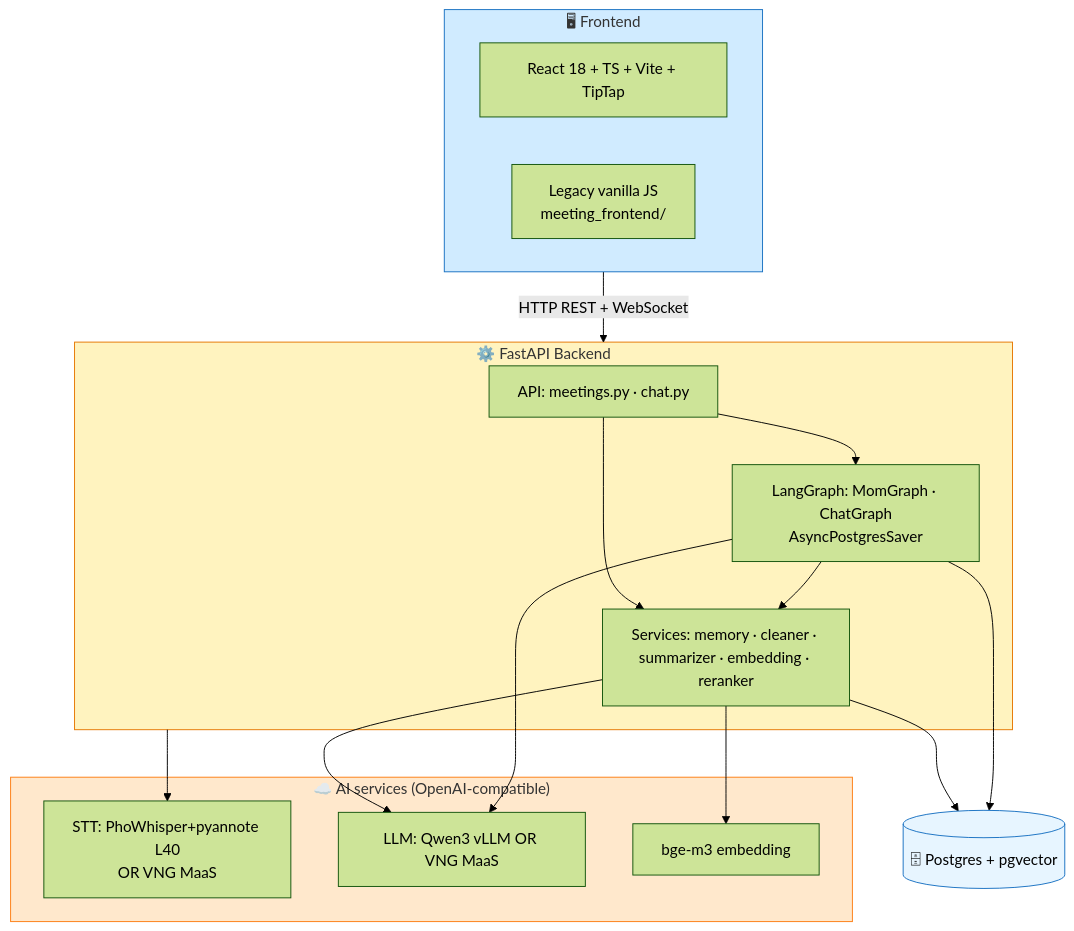
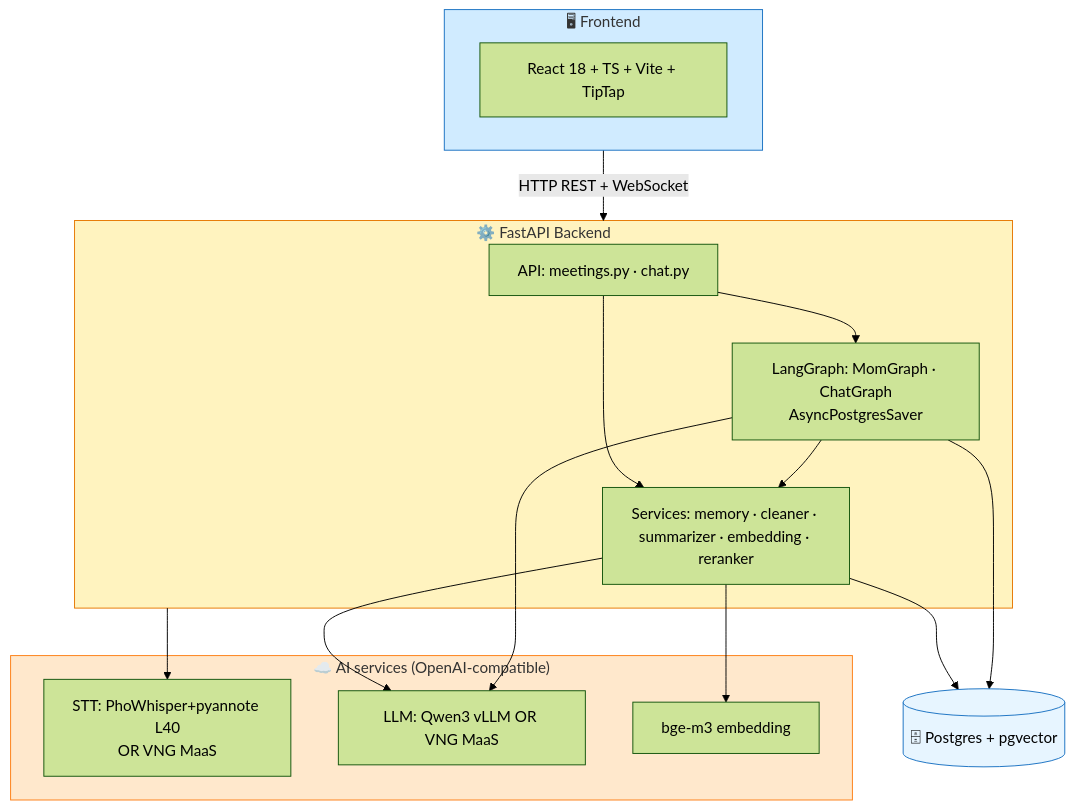
One commit to HatakekkSheeshh/mee-agent changed the diagram in README.md. Above: the diagram before and after it, drawn with Mermaid (forest theme). The commit also changed other lines of this file and 148 other files, not shown here.

````diff
--- a/README.md
+++ b/README.md
@@ -145,30 +144,29 @@
 ```mermaid
 flowchart TB
     subgraph FE["🖥 Frontend"]
         FE1[React 18 + TS + Vite + TipTap]
-        FE2[Legacy vanilla JS<br/>meeting_frontend/]
     end
     subgraph BE["⚙️ FastAPI Backend"]
         API[API: meetings.py · chat.py]
         SVC[Services: memory · cleaner · summarizer · embedding · reranker]
         LG[LangGraph: MomGraph · ChatGraph<br/>AsyncPostgresSaver]
     end
     subgraph EXT["☁️ AI services (OpenAI-compatible)"]
         STT[STT: PhoWhisper+pyannote L40<br/>OR VNG MaaS]
         LLM[LLM: Qwen3 vLLM OR VNG MaaS]
         EMB[bge-m3 embedding]
     end
     PG[("🗄 Postgres + pgvector")]
     FE -->|HTTP REST + WebSocket| BE
     API --> SVC --> PG
     API --> LG --> PG
     LG --> SVC
     BE --> STT
     SVC --> EMB
     SVC --> LLM
     LG --> LLM
     style FE fill:#d0ebff,stroke:#1971c2
     style BE fill:#fff3bf,stroke:#e67700
     style EXT fill:#ffe8cc,stroke:#fd7e14
     style PG fill:#e7f5ff,stroke:#1971c2
 ```
````
